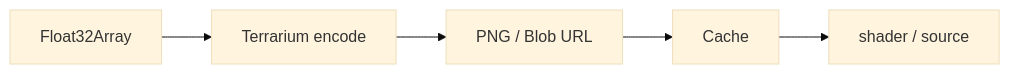
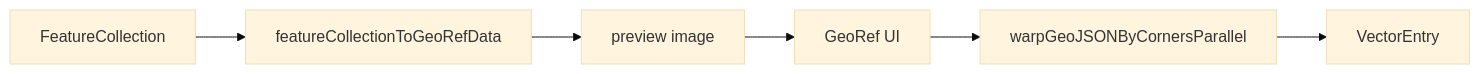
Before and after one commit to forestacdev/morivis: the sixth of 6 diagrams in docs/data-pipeline.md, drawn with Mermaid (base theme). The commit also changed other lines of this file and 2 other files, not shown here.

````diff
--- a/docs/data-pipeline.md
+++ b/docs/data-pipeline.md
@@ -189,7 +188,8 @@
 ```mermaid
 flowchart LR
-	A["Float32Array"] --> B["Terrarium encode"]
-	B --> C["PNG / Blob URL"]
-	C --> D["Cache"]
-	D --> E["shader / source"]
+	A["FeatureCollection"] --> B["featureCollectionToGeoRefData"]
+	B --> C["preview image"]
+	C --> D["GeoRef UI"]
+	D --> E["warpGeoJSONByCornersParallel"]
+	E --> F["VectorEntry"]
 ```
````
